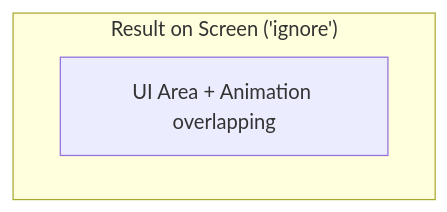
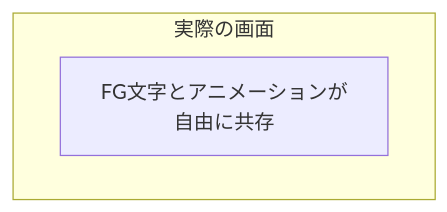
One commit to masanori-satake/QuickLog-Solo changed the third of 3 diagrams in docs/animation_module_spec.md. Above: the diagram before and after it, drawn with Mermaid. The commit also changed other lines of this file and 21 other files, not shown here.

````diff
--- a/docs/animation_module_spec.md
+++ b/docs/animation_module_spec.md
@@ -229,6 +66,6 @@
 ```mermaid
 graph TD
-    subgraph "Result on Screen ('ignore')"
-    UI_Combined[UI Area + Animation overlapping]
+    subgraph "実際の画面"
+    Combined[FG文字とアニメーションが自由に共存]
     end
 ```
````
